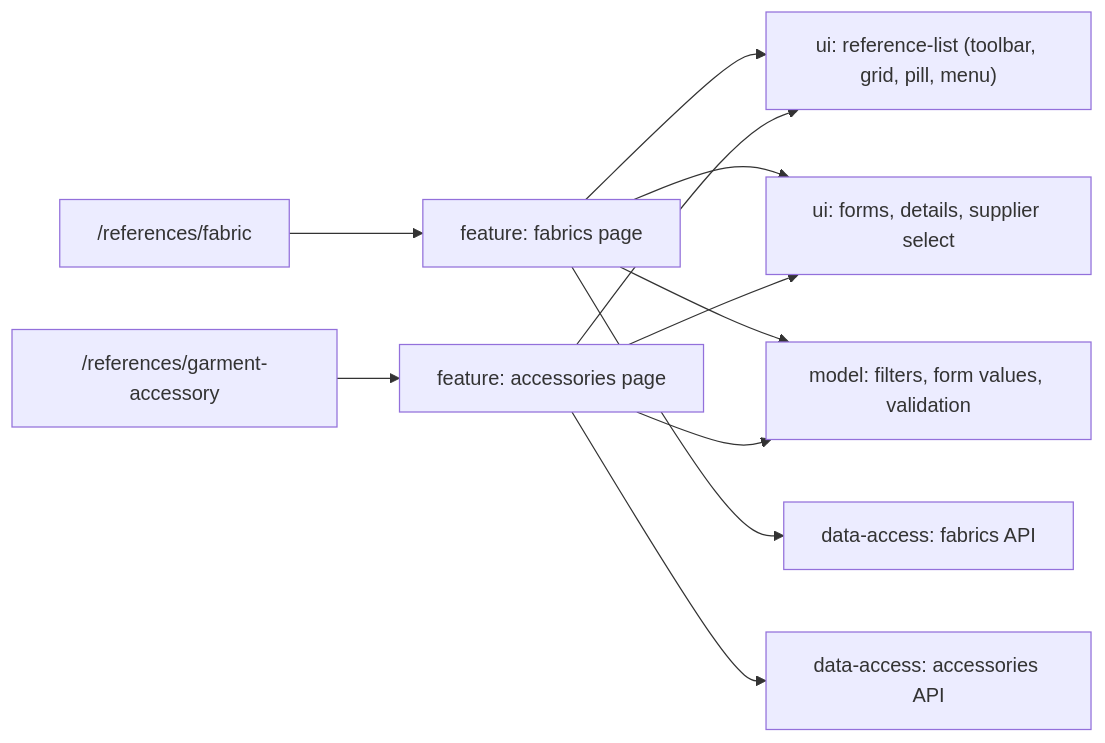
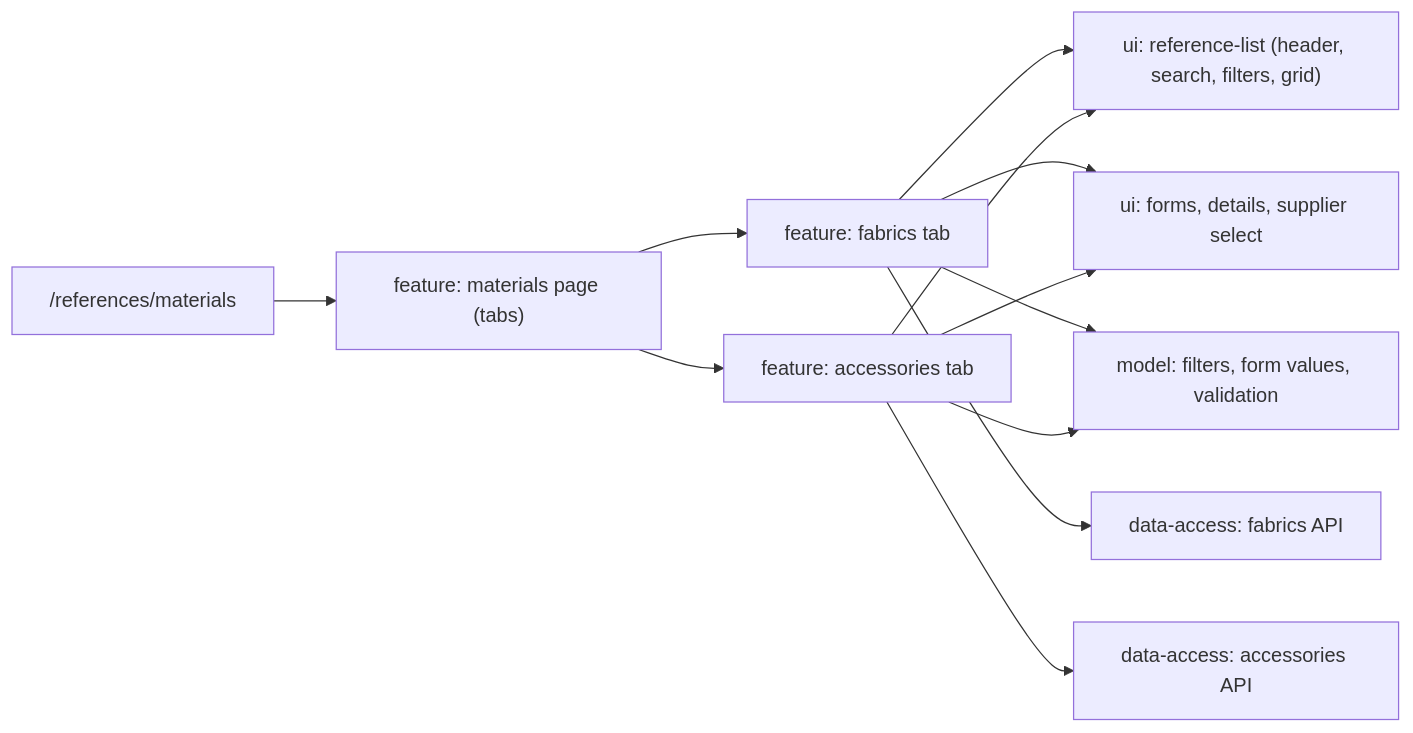
Before and after one commit to Weretik/brevi-web: the diagram in docs/features/admin/references/materials.md, drawn with Mermaid. The commit also changed other lines of this file and 38 other files, not shown here.

First line of the commit message:
Admin references: concept B list pattern and one materials page

````diff
--- a/docs/features/admin/references/materials.md
+++ b/docs/features/admin/references/materials.md
@@ -16,13 +18,14 @@
 ```mermaid
 flowchart LR
-  FabricRoute["/references/fabric"] --> FabricsPage["feature: fabrics page"]
-  AccessoryRoute["/references/garment-accessory"] --> AccessoriesPage["feature: accessories page"]
-  FabricsPage --> List["ui: reference-list (toolbar, grid, pill, menu)"]
+  Route["/references/materials"] --> Page["feature: materials page (tabs)"]
+  Page --> FabricsPage["feature: fabrics tab"]
+  Page --> AccessoriesPage["feature: accessories tab"]
+  FabricsPage --> List["ui: reference-list (header, search, filters, grid)"]
   AccessoriesPage --> List
   FabricsPage --> Forms["ui: forms, details, supplier select"]
   AccessoriesPage --> Forms
   FabricsPage --> Model["model: filters, form values, validation"]
   AccessoriesPage --> Model
   FabricsPage --> FabricsAPI["data-access: fabrics API"]
   AccessoriesPage --> AccessoriesAPI["data-access: accessories API"]
 ```
````
